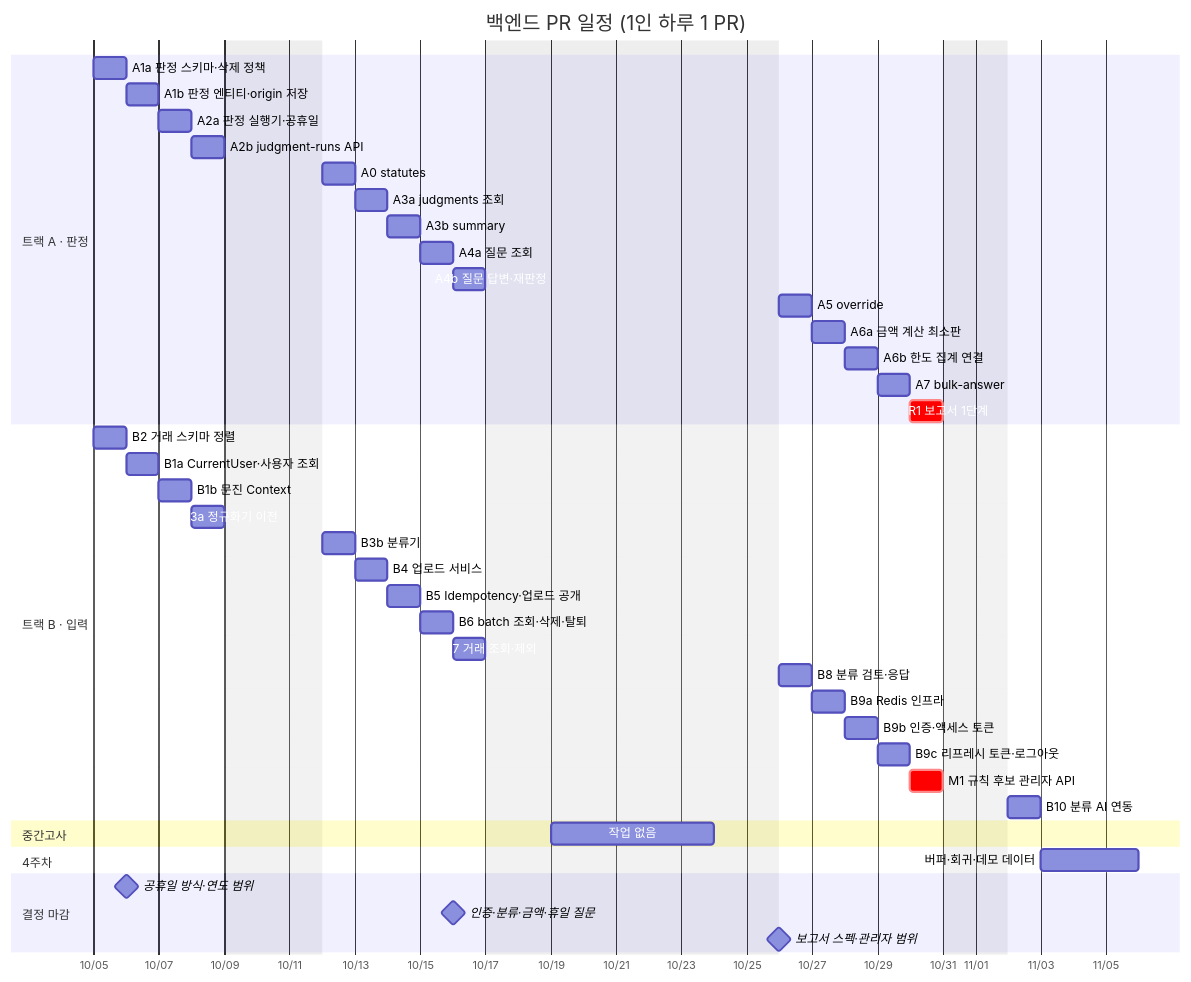
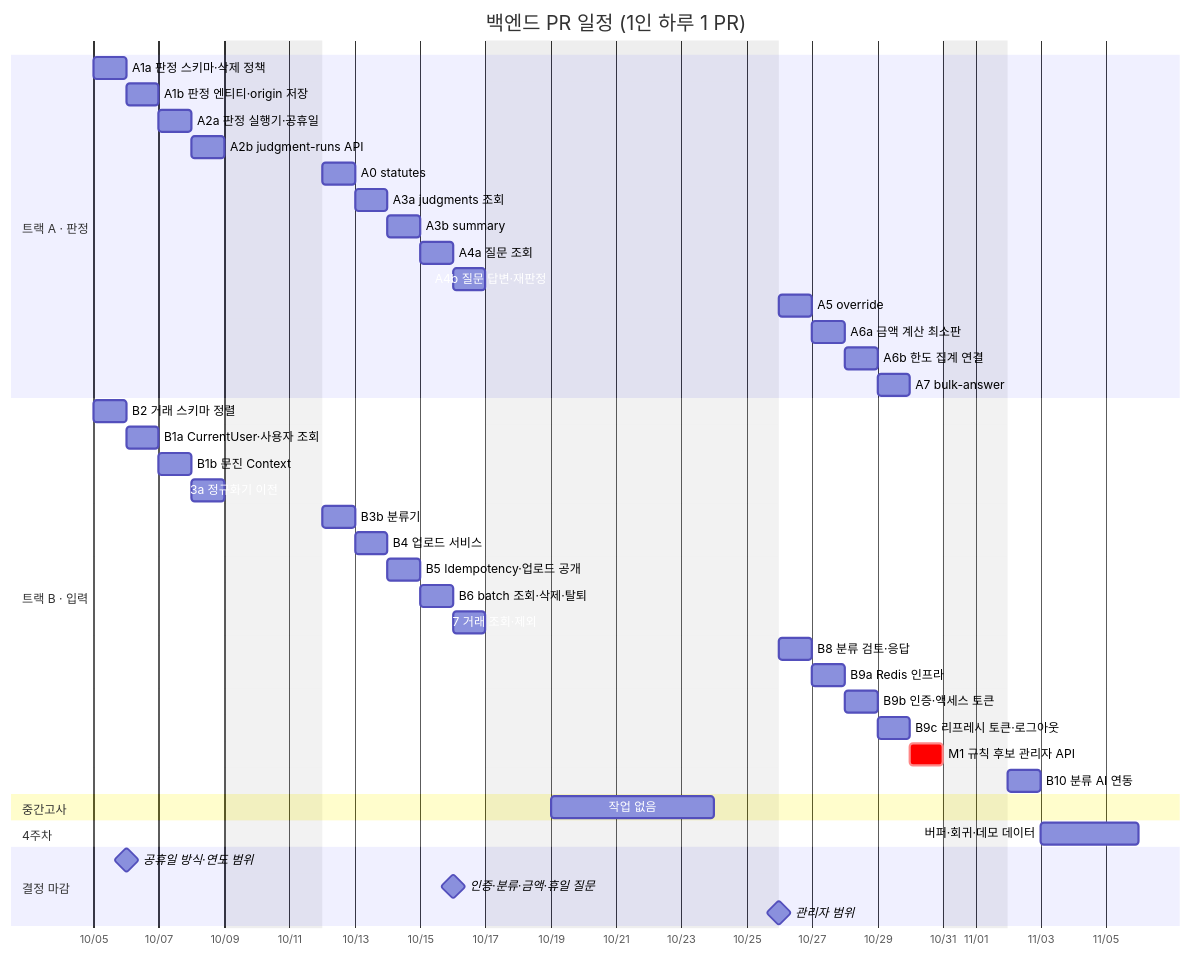
One commit to RainDrop3/ktc4-pusan-4 changed the first of 4 diagrams in docs/backend_api_plan.md. Above: the diagram before and after it, drawn with Mermaid. The commit also changed other lines of this file and 3 other files, not shown here.

````diff
--- a/docs/backend_api_plan.md
+++ b/docs/backend_api_plan.md
@@ -24,51 +24,50 @@
 ```mermaid
 gantt
     title 백엔드 PR 일정 (1인 하루 1 PR)
     dateFormat YYYY-MM-DD
     axisFormat %m/%d
     excludes weekends, 2026-10-09, 2026-10-19, 2026-10-20, 2026-10-21, 2026-10-22, 2026-10-23
 
     section 트랙 A · 판정
     A1a 판정 스키마·삭제 정책    :a1a, 2026-10-05, 1d
     A1b 판정 엔티티·origin 저장  :a1b, after a1a, 1d
     A2a 판정 실행기·공휴일       :a2a, after a1b, 1d
     A2b judgment-runs API        :a2b, after a2a, 1d
     A0 statutes                  :a0, after a2b, 1d
     A3a judgments 조회           :a3a, after a0, 1d
     A3b summary                  :a3b, after a3a, 1d
     A4a 질문 조회                :a4a, after a3b, 1d
     A4b 질문 답변·재판정         :a4b, after a4a, 1d
     A5 override                  :a5, after a4b, 1d
     A6a 금액 계산 최소판         :a6a, after a5, 1d
     A6b 한도 집계 연결           :a6b, after a6a, 1d
     A7 bulk-answer               :a7, after a6b, 1d
-    R1 보고서 1단계              :crit, r1, after a7, 1d
 
     section 트랙 B · 입력
     B2 거래 스키마 정렬          :b2, 2026-10-05, 1d
     B1a CurrentUser·사용자 조회  :b1a, after b2, 1d
     B1b 문진 Context             :b1b, after b1a, 1d
     B3a 정규화기 이전            :b3a, after b1b, 1d
     B3b 분류기                   :b3b, after b3a, 1d
     B4 업로드 서비스             :b4, after b3b, 1d
     B5 Idempotency·업로드 공개   :b5, after b4, 1d
     B6 batch 조회·삭제·탈퇴      :b6, after b5, 1d
     B7 거래 조회·제외            :b7, after b6, 1d
     B8 분류 검토·응답            :b8, after b7, 1d
     B9a Redis 인프라             :b9a, after b8, 1d
     B9b 인증·액세스 토큰         :b9b, after b9a, 1d
     B9c 리프레시 토큰·로그아웃   :b9c, after b9b, 1d
     M1 규칙 후보 관리자 API      :crit, m1, after b9c, 1d
     B10 분류 AI 연동             :b10, after m1, 1d
 
     section 중간고사
     작업 없음                    :exam, 2026-10-19, 2026-10-24
 
     section 4주차
     버퍼·회귀·데모 데이터        :buf, 2026-11-03, 3d
 
     section 결정 마감
     공휴일 방식·연도 범위        :milestone, d0, 2026-10-06, 0d
     인증·분류·금액·휴일 질문     :milestone, d1, 2026-10-16, 0d
-    보고서 스펙·관리자 범위      :milestone, d2, 2026-10-26, 0d
+    관리자 범위                  :milestone, d2, 2026-10-26, 0d
 ```
````
